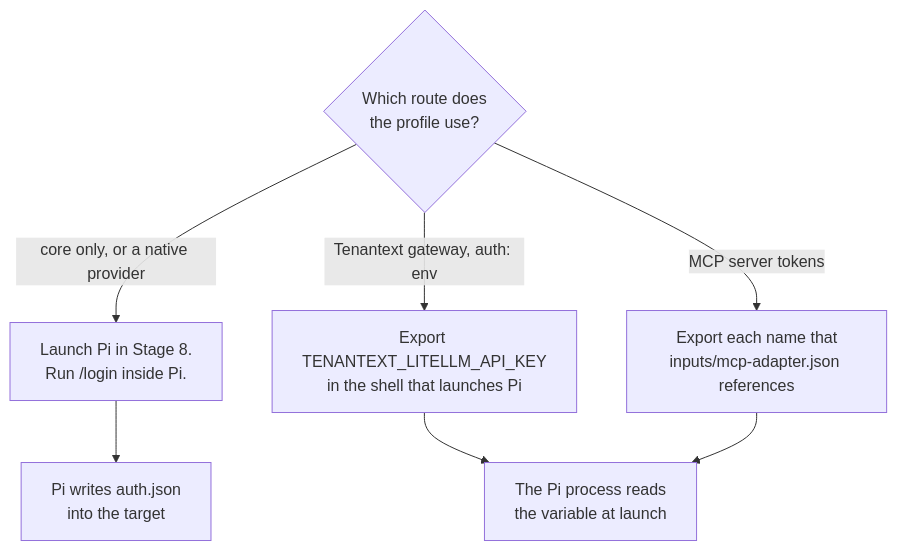
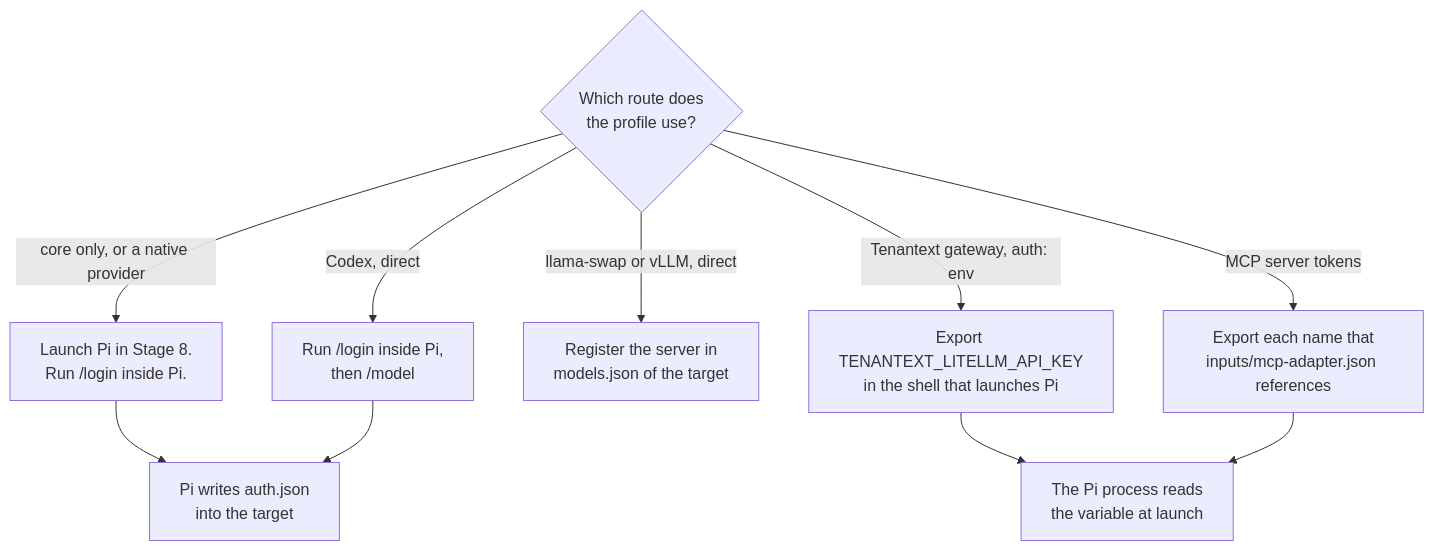
Before and after one commit to ryg40/tenant-docs: the diagram in src/content/docs/tenant-pi/install/stage-7-authenticate.mdx, drawn with Mermaid. The commit also changed other lines of this file and 195 other files, not shown here.

````diff
--- a/src/content/docs/tenant-pi/install/stage-7-authenticate.mdx
+++ b/src/content/docs/tenant-pi/install/stage-7-authenticate.mdx
@@ -27,10 +27,13 @@
 ```mermaid
 flowchart TD
     route{"Which route does<br/>the profile use?"}
     route -->|"core only, or a native provider"| login["Launch Pi in Stage 8.<br/>Run /login inside Pi."]
+    route -->|"Codex, direct"| codex["Run /login inside Pi,<br/>then /model"]
+    route -->|"llama-swap or vLLM, direct"| models["Register the server in<br/>models.json of the target"]
     route -->|"Tenantext gateway, auth: env"| key["Export TENANTEXT_LITELLM_API_KEY<br/>in the shell that launches Pi"]
     route -->|"MCP server tokens"| names["Export each name that<br/>inputs/mcp-adapter.json references"]
     login --> auth["Pi writes auth.json<br/>into the target"]
+    codex --> auth
     key --> process["The Pi process reads<br/>the variable at launch"]
     names --> process
 ```
````
